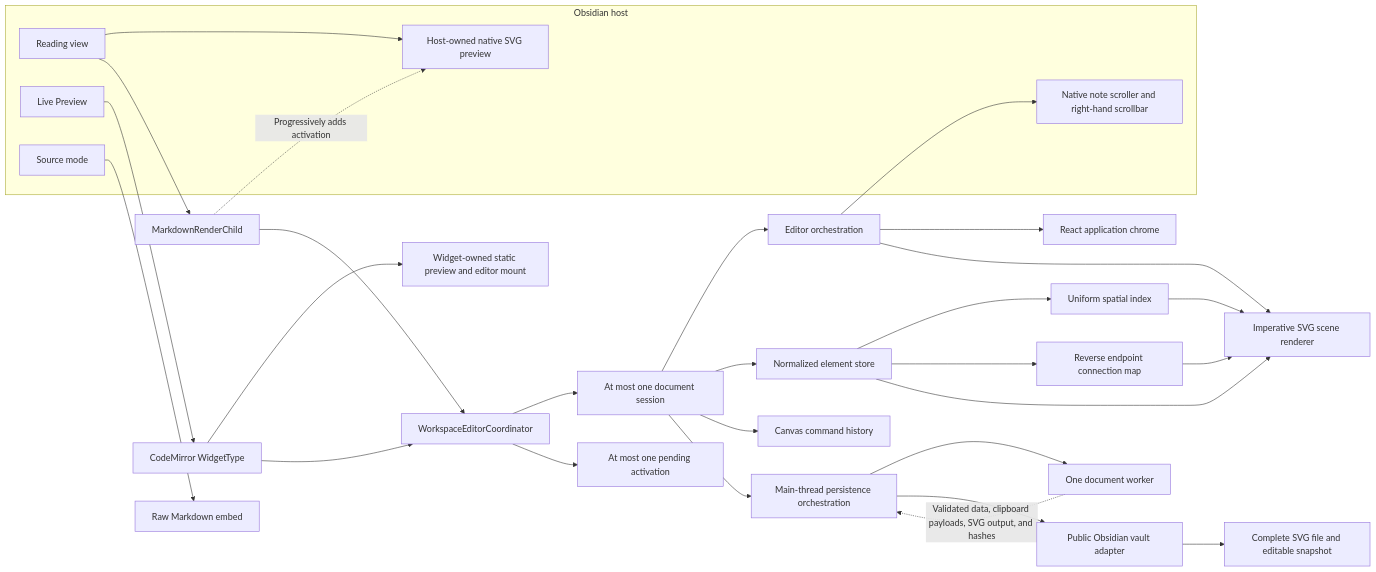
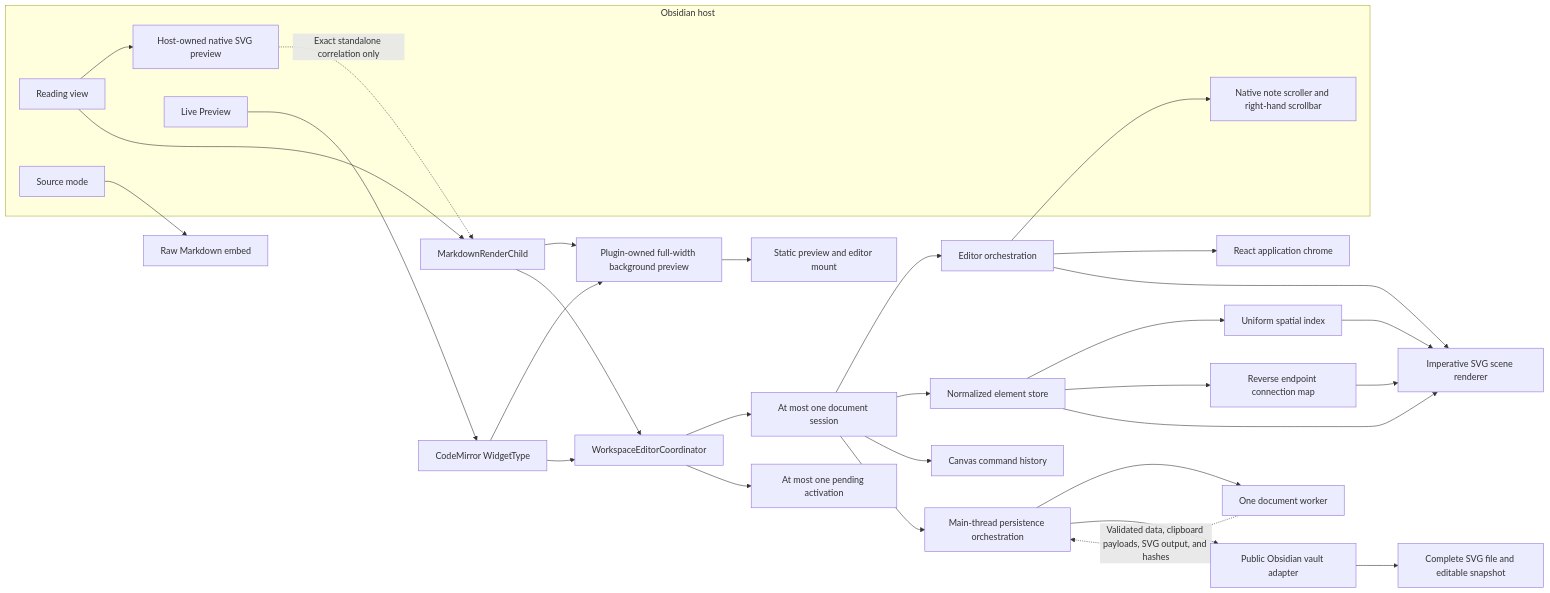
The first of 7 diagrams in docs/architecture-flows.md (boommasterxd/inkbook), drawn with Mermaid before and after one commit. The commit also changed 22 other files, not shown here.

````diff
--- a/docs/architecture-flows.md
+++ b/docs/architecture-flows.md
@@ -7,41 +7,43 @@
 ```mermaid
 flowchart LR
   subgraph host["Obsidian host"]
     reading["Reading view"]
     readingPreview["Host-owned native SVG preview"]
     live["Live Preview"]
     source["Source mode"]
     noteScroller["Native note scroller and right-hand scrollbar"]
   end
 
   reading --> readingPreview
   reading --> readingChild["MarkdownRenderChild"]
   live --> liveWidget["CodeMirror WidgetType"]
   source --> rawMarkdown["Raw Markdown embed"]
 
-  readingChild -. "Progressively adds activation" .-> readingPreview
-  liveWidget --> widgetPreview["Widget-owned static preview and editor mount"]
+  readingPreview -. "Exact standalone correlation only" .-> readingChild
+  readingChild --> ownedPreview["Plugin-owned full-width background preview"]
+  liveWidget --> ownedPreview
+  ownedPreview --> widgetPreview["Static preview and editor mount"]
   readingChild --> coordinator["WorkspaceEditorCoordinator"]
   liveWidget --> coordinator
 
   coordinator --> session["At most one document session"]
   coordinator --> pending["At most one pending activation"]
   session --> editor["Editor orchestration"]
   session --> store["Normalized element store"]
   session --> history["Canvas command history"]
   store --> index["Uniform spatial index"]
   store --> connections["Reverse endpoint connection map"]
 
   editor --> chrome["React application chrome"]
   editor --> scene["Imperative SVG scene renderer"]
   store --> scene
   index --> scene
   connections --> scene
 
   session --> persistence["Main-thread persistence orchestration"]
   persistence --> worker["One document worker"]
   worker -. "Validated data, clipboard payloads, SVG output, and hashes" .-> persistence
   persistence --> vaultAdapter["Public Obsidian vault adapter"]
   vaultAdapter --> svgFile["Complete SVG file and editable snapshot"]
   editor --> noteScroller
 ```
````
